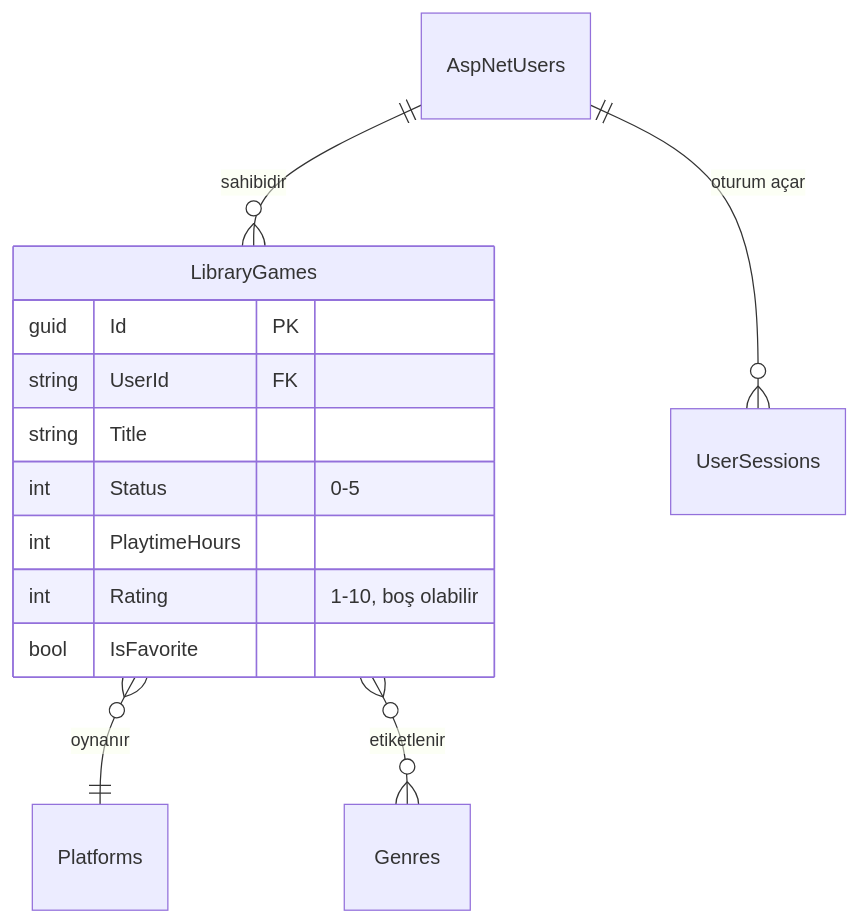
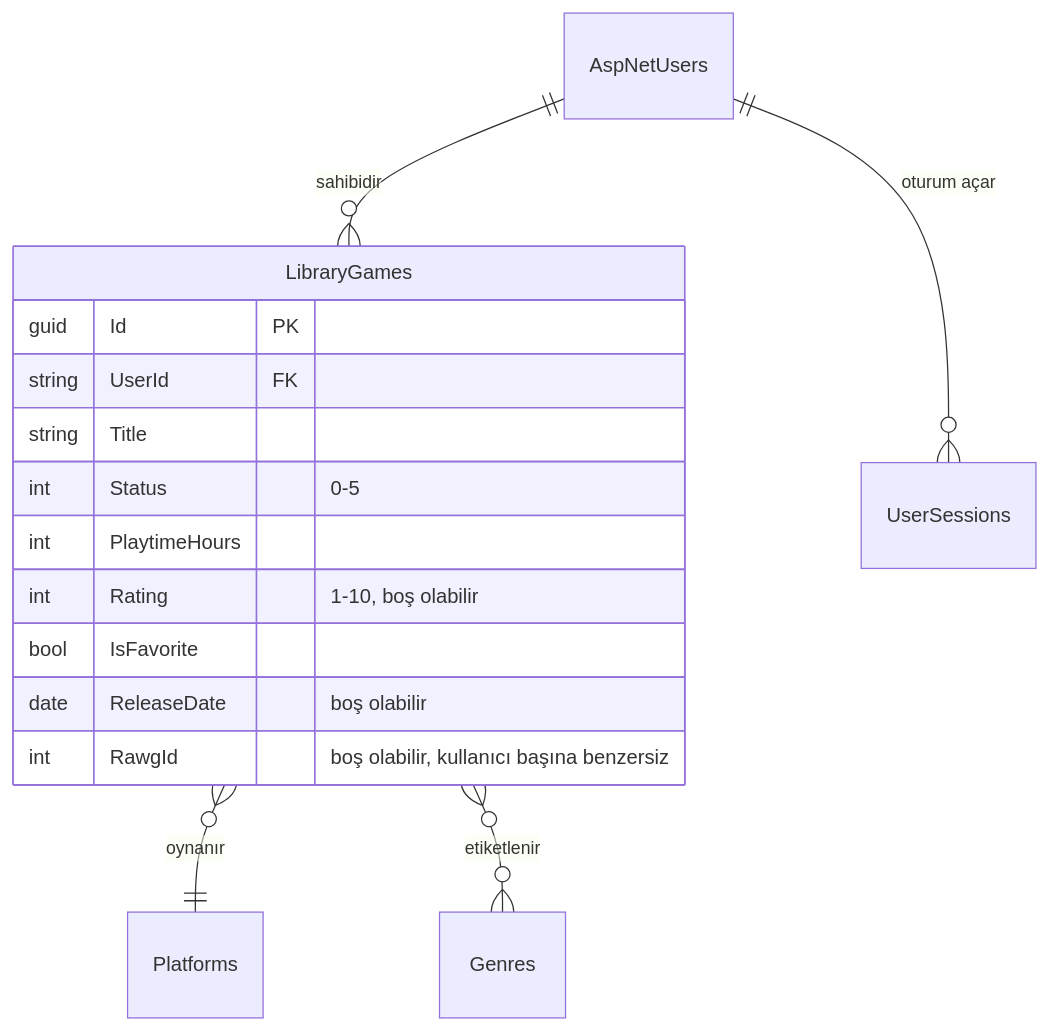
Before and after one commit to MertDas24/GameVault: the second of 2 diagrams in README.tr.md, drawn with Mermaid. The commit also changed other lines of this file and 36 other files, not shown here.

````diff
--- a/README.tr.md
+++ b/README.tr.md
@@ -132,17 +139,19 @@
 ```mermaid
 erDiagram
     AspNetUsers ||--o{ LibraryGames : "sahibidir"
     AspNetUsers ||--o{ UserSessions : "oturum açar"
     LibraryGames }o--|| Platforms : "oynanır"
     LibraryGames }o--o{ Genres : "etiketlenir"
 
     LibraryGames {
         guid Id PK
         string UserId FK
         string Title
         int Status "0-5"
         int PlaytimeHours
         int Rating "1-10, boş olabilir"
         bool IsFavorite
+        date ReleaseDate "boş olabilir"
+        int RawgId "boş olabilir, kullanıcı başına benzersiz"
     }
 ```
````
